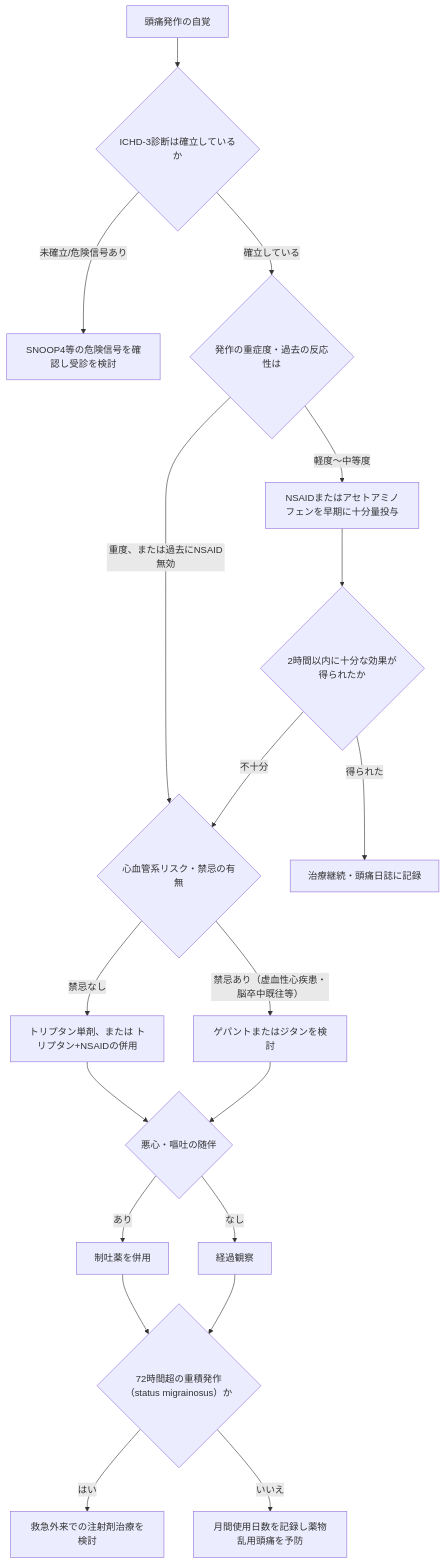
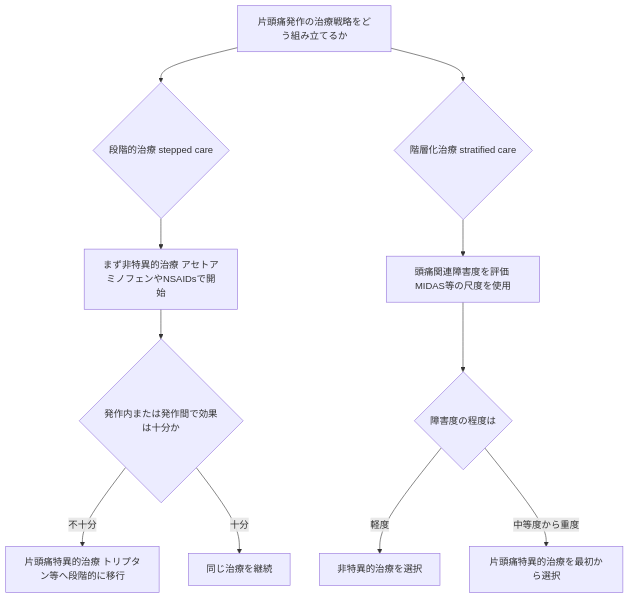
Before and after one commit to myoshi2891/Medical-Studies: the first of 4 diagrams in Headache-acute-treatment-guide.md, drawn with Mermaid. The commit also changed other lines of this file and 19 other files, not shown here.

````diff
--- a/Headache-acute-treatment-guide.md
+++ b/Headache-acute-treatment-guide.md
@@ -65,21 +64,13 @@
 ```mermaid
 flowchart TD
-    A[頭痛発作の自覚] --> B{ICHD-3診断は確立しているか}
-    B -- 未確立/危険信号あり --> B2["SNOOP4等の危険信号を確認し受診を検討"]
-    B -- 確立している --> C{発作の重症度・過去の反応性は}
-    C -- 軽度〜中等度 --> D["NSAIDまたはアセトアミノフェンを早期に十分量投与"]
-    C -- 重度、または過去にNSAID無効 --> E{"心血管系リスク・禁忌の有無"}
-    D --> F{"2時間以内に十分な効果が得られたか"}
-    F -- 得られた --> G[治療継続・頭痛日誌に記録]
-    F -- 不十分 --> E
-    E -- 禁忌なし --> H["トリプタン単剤、または トリプタン+NSAIDの併用"]
-    E -- 禁忌あり（虚血性心疾患・脳卒中既往等） --> I["ゲパントまたはジタンを検討"]
-    H --> J{悪心・嘔吐の随伴}
-    I --> J
-    J -- あり --> K[制吐薬を併用]
-    J -- なし --> L[経過観察]
-    K --> M{"72時間超の重積発作（status migrainosus）か"}
-    L --> M
-    M -- はい --> N[救急外来での注射剤治療を検討]
-    M -- いいえ --> O["月間使用日数を記録し薬物乱用頭痛を予防"]
+    A[片頭痛発作の治療戦略をどう組み立てるか] --> B{段階的治療 stepped care}
+    A --> C{階層化治療 stratified care}
+    B --> D[まず非特異的治療 アセトアミノフェンやNSAIDsで開始]
+    D --> E{発作内または発作間で効果は十分か}
+    E -->|不十分| F[片頭痛特異的治療 トリプタン等へ段階的に移行]
+    E -->|十分| G[同じ治療を継続]
+    C --> H[頭痛関連障害度を評価 MIDAS等の尺度を使用]
+    H --> I{障害度の程度は}
+    I -->|軽度| J[非特異的治療を選択]
+    I -->|中等度から重度| K[片頭痛特異的治療を最初から選択]
 ```
````
